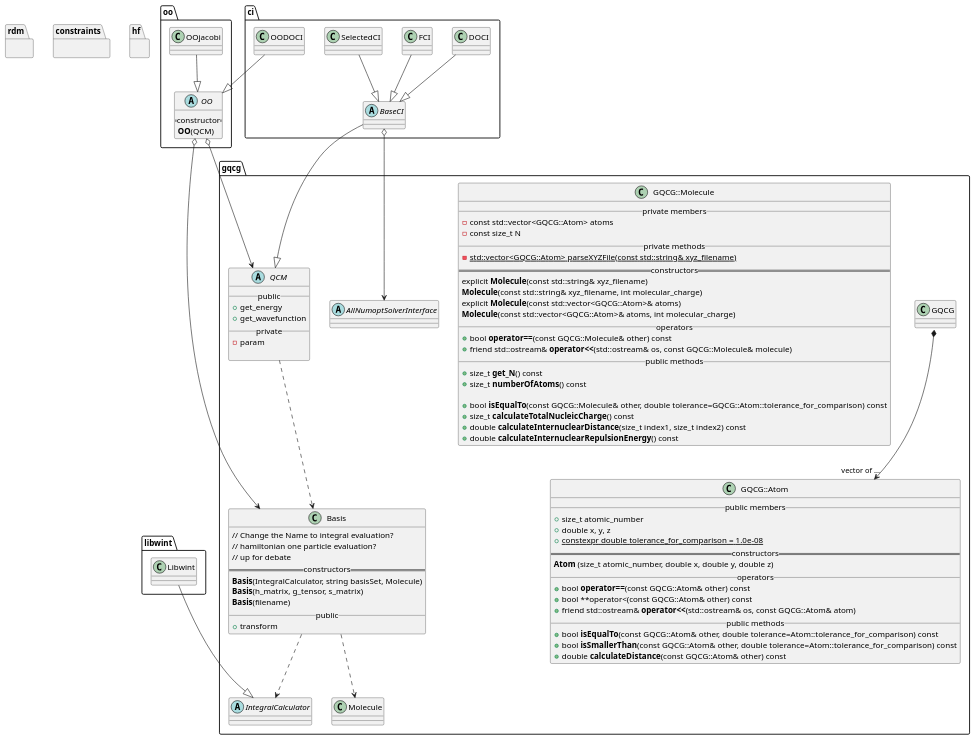
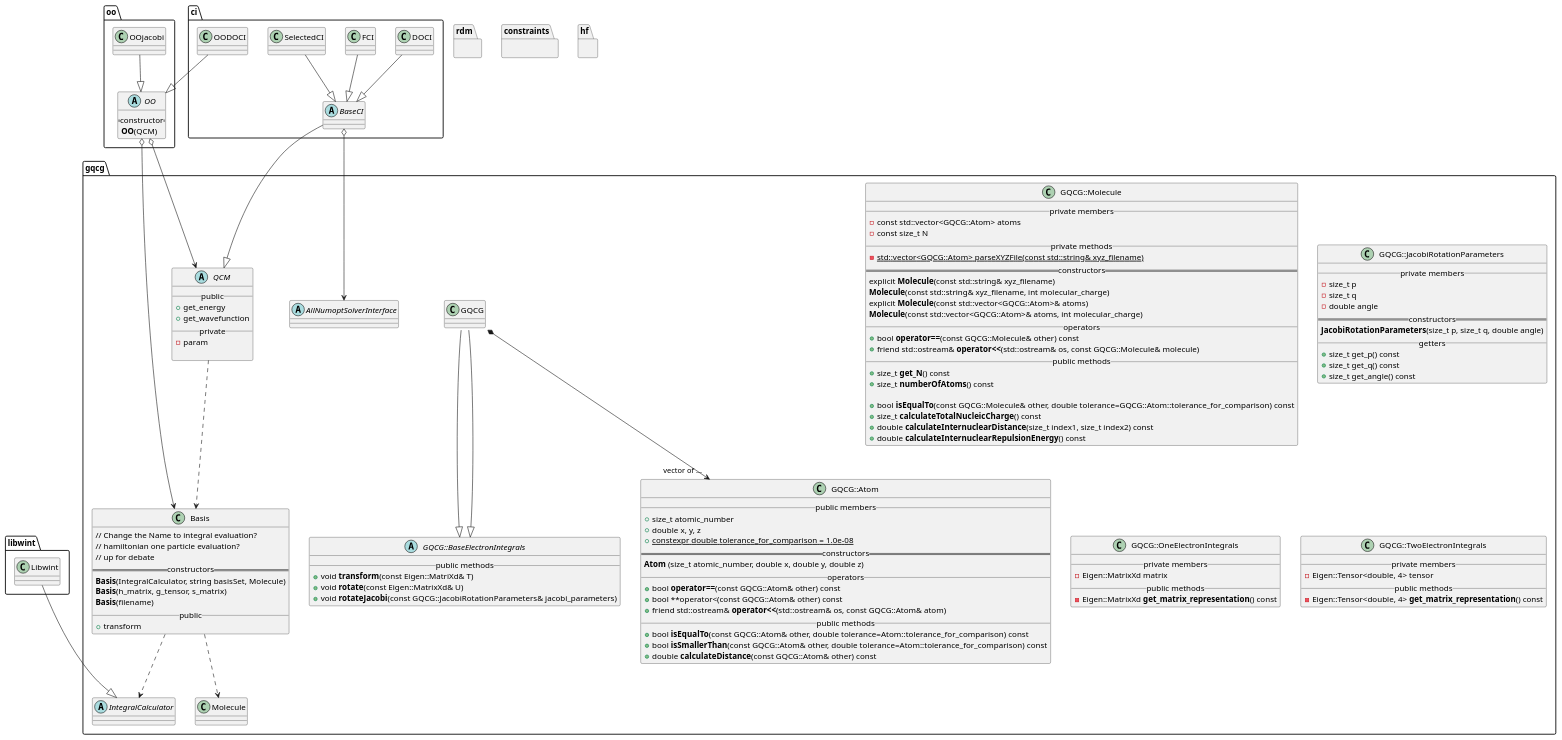
One commit to GQCG/GQCP changed the diagram in docs/gqcg.puml. Above: the diagram before and after it, drawn with PlantUML.

Commit message:
Update UML for ElectronIntegrals.

```diff
--- a/docs/gqcg.puml
+++ b/docs/gqcg.puml
@@ -1,125 +1,163 @@
 @startuml
 
 namespace gqcg {
 
     class GQCG::Atom {
         __ public members __
             + size_t atomic_number
             + double x, y, z
             + {static} constexpr double tolerance_for_comparison = 1.0e-08
         == constructors ==
             **Atom** (size_t atomic_number, double x, double y, double z)
         __ operators __
             + bool **operator==**(const GQCG::Atom& other) const
             + bool **operator<(const GQCG::Atom& other) const
             + friend std::ostream& **operator<<**(std::ostream& os, const GQCG::Atom& atom)
         __ public methods __
             + bool **isEqualTo**(const GQCG::Atom& other, double tolerance=Atom::tolerance_for_comparison) const
             + bool **isSmallerThan**(const GQCG::Atom& other, double tolerance=Atom::tolerance_for_comparison) const
             + double **calculateDistance**(const GQCG::Atom& other) const
     }
 
     GQCG::Molecule *--> "vector of ..." GQCG::Atom
     class GQCG::Molecule {
         __ private members __
             - const std::vector<GQCG::Atom> atoms
             - const size_t N
         __ private methods __
             - {static} std::vector<GQCG::Atom> parseXYZFile(const std::string& xyz_filename)
         == constructors ==
             explicit **Molecule**(const std::string& xyz_filename)
             **Molecule**(const std::string& xyz_filename, int molecular_charge)
             explicit **Molecule**(const std::vector<GQCG::Atom>& atoms)
             **Molecule**(const std::vector<GQCG::Atom>& atoms, int molecular_charge)
         __ operators __
             + bool **operator==**(const GQCG::Molecule& other) const
             + friend std::ostream& **operator<<**(std::ostream& os, const GQCG::Molecule& molecule)
         __ public methods __
             + size_t **get_N**() const
             + size_t **numberOfAtoms**() const
 
             + bool **isEqualTo**(const GQCG::Molecule& other, double tolerance=GQCG::Atom::tolerance_for_comparison) const
             + size_t **calculateTotalNucleicCharge**() const
             + double **calculateInternuclearDistance**(size_t index1, size_t index2) const
             + double **calculateInternuclearRepulsionEnergy**() const
     }
+
+
+    class GQCG::JacobiRotationParameters {
+        __ private members __
+            - size_t p
+            - size_t q
+            - double angle
+        == constructors ==
+            **JacobiRotationParameters**(size_t p, size_t q, double angle)
+        __ getters __
+            + size_t get_p() const
+            + size_t get_q() const
+            + size_t get_angle() const
+    }
+
+    abstract class GQCG::BaseElectronIntegrals {
+        __ public methods __
+            + void **transform**(const Eigen::MatriXd& T)
+            + void **rotate**(const Eigen::MatrixXd& U)
+            + void **rotateJacobi**(const GQCG::JacobiRotationParameters& jacobi_parameters)
+    }
+
+    GQCG::OneElectronIntegrals --|> GQCG::BaseElectronIntegrals
+    class GQCG::OneElectronIntegrals {
+        __ private members __
+            - Eigen::MatrixXd matrix
+        __ public methods __
+            - Eigen::MatrixXd **get_matrix_representation**() const
+    }
+
+    GQCG::TwoElectronIntegrals --|> GQCG::BaseElectronIntegrals
+    class GQCG::TwoElectronIntegrals {
+        __ private members __
+            - Eigen::Tensor<double, 4> tensor
+        __ public methods __
+            - Eigen::Tensor<double, 4> **get_matrix_representation**() const
+    }
+
 
     abstract class IntegralCalculator
     class Basis {
         // Change the Name to integral evaluation?
         // hamiltonian one particle evaluation?
         // up for debate
         == constructors ==
            **Basis**(IntegralCalculator, string basisSet, Molecule)
            **Basis**(h_matrix, g_tensor, s_matrix)
            **Basis**(filename)
         __public__
            +transform
    }
 
     abstract class QCM {
         __public__
         +get_energy
         +get_wavefunction
         __private__
         -param
 
     }
 
     abstract AllNumoptSolverInterface
 
     gqcg.Basis ..> gqcg.IntegralCalculator
     gqcg.Basis ..> gqcg.Molecule
 
     gqcg.QCM ..> gqcg.Basis
 
 
 
 }
 
 namespace libwint {
     class Libwint
 }
 
 libwint.Libwint --|> gqcg.IntegralCalculator
 
 namespace oo {
     abstract class OO {
         ==constructor==
          **OO**(QCM)
     }
     class OOjacobi {
 
     }
 }
 
 
 oo.OO o--> gqcg.QCM
 oo.OO o--> gqcg.Basis
 oo.OOjacobi --|> oo.OO
 
 namespace ci {
     abstract class BaseCI
     class DOCI
     class FCI
     class OODOCI
     class SelectedCI
 }
 
 ci.BaseCI --|> gqcg.QCM
 ci.OODOCI --|> oo.OO
 ci.DOCI --|> ci.BaseCI
 ci.FCI --|> ci.BaseCI
 ci.SelectedCI --|> ci.BaseCI
 ci.BaseCI o--> gqcg.AllNumoptSolverInterface
 
 namespace rdm {
 }
 namespace constraints {
 }
 
 namespace hf {
 }
 
 
 @enduml
```
